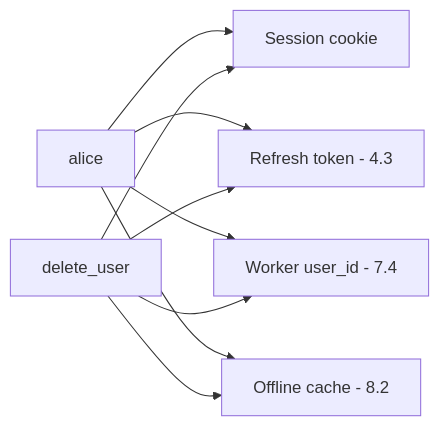
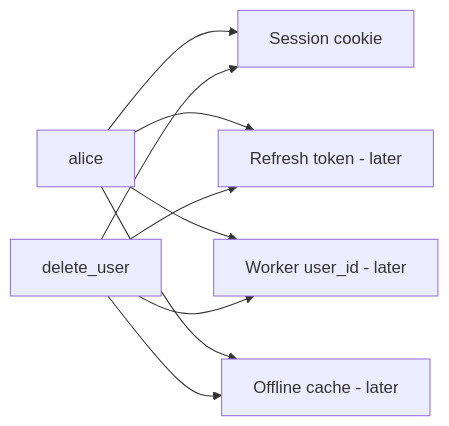
Before and after one commit to ishitvagoel/LearnSecurity: the first of 2 diagrams in content/modules/4/4.1/lessons/02-model.md, drawn with Mermaid. The commit also changed other lines of this file and 39 other files, not shown here.

````diff
--- a/content/modules/4/4.1/lessons/02-model.md
+++ b/content/modules/4/4.1/lessons/02-model.md
@@ -15,11 +16,11 @@
 ```mermaid
 flowchart LR
   Subject[alice] --> Session[Session cookie]
-  Subject --> Refresh["Refresh token - 4.3"]
-  Subject --> Worker["Worker user_id - 7.4"]
-  Subject --> Mobile["Offline cache - 8.2"]
+  Subject --> Refresh["Refresh token - later"]
+  Subject --> Worker["Worker user_id - later"]
+  Subject --> Mobile["Offline cache - later"]
   Delete[delete_user] --> Session
   Delete --> Refresh
   Delete --> Worker
   Delete --> Mobile
 ```
````
